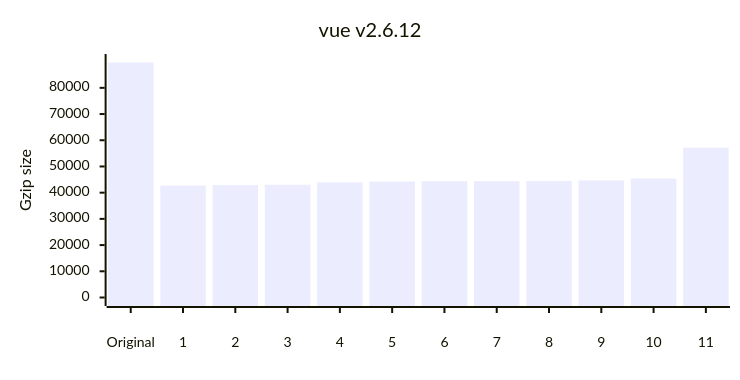
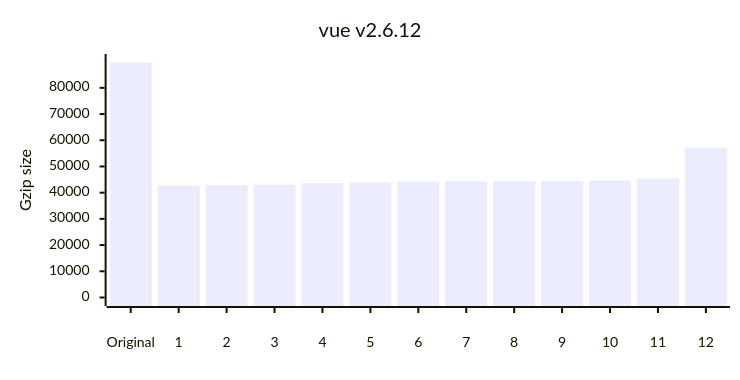
Before and after one commit to privatenumber/minification-benchmarks: the fourth of 12 diagrams in README.md, drawn with Mermaid. The commit also changed other lines of this file and 1 other file, not shown here.

````diff
--- a/README.md
+++ b/README.md
@@ -186,17 +190,17 @@
 ```mermaid
 ---
 config:
     xyChart:
         width: 720
         height: 360
         xAxis:
             labelPadding: 20
         yAxis:
             labelPadding: 10
 ---
 xychart-beta
 	title "vue v2.6.12"
-	x-axis ["Original",1,2,3,4,5,6,7,8,9,10,11]
+	x-axis ["Original",1,2,3,4,5,6,7,8,9,10,11,12]
 	y-axis "Gzip size" 0 --> 89668
-	bar [89668,42725,42919,43036,43925,44230,44368,44376,44450,44679,45400,57169]
+	bar [89668,42725,42919,43036,43633,43925,44230,44368,44376,44450,44679,45400,57169]
 ```
````
